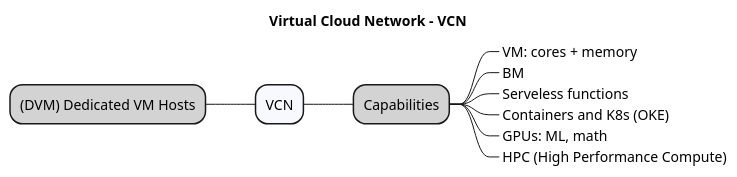
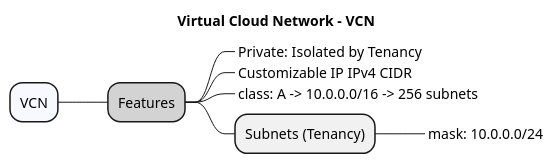
The diagram in docs/src/vcn.wsd (acnaweb/oci), drawn with PlantUML before and after one commit. The commit also changed 2 other files, not shown here.

```diff
--- a/docs/src/vcn.wsd
+++ b/docs/src/vcn.wsd
@@ -1,22 +1,20 @@
 @startmindmap
 
 Title "Virtual Cloud Network - VCN"
 
 *[#F8F8FF]  VCN
 
-**[#LightGray] Capabilities
+**[#LightGray] Features
 
-***_ VM: cores + memory
-***_ BM
-***_ Serveless functions
-***_ Containers and K8s (OKE)
-***_ GPUs: ML, math
-***_ HPC (High Performance Compute)
+***_ Private: Isolated by Tenancy
+***_ Customizable IP IPv4 CIDR
+***_ class: A -> 10.0.0.0/16 -> 256 subnets
+
+
+*** Subnets (Tenancy)
+****_ mask: 10.0.0.0/24
 
 left side
 
-**[#LightGray] (DVM) Dedicated VM Hosts
-
-
 
 @endmindmap
```
